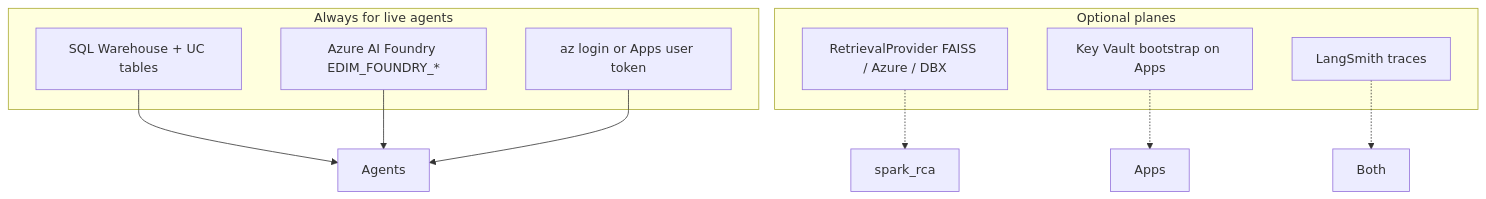
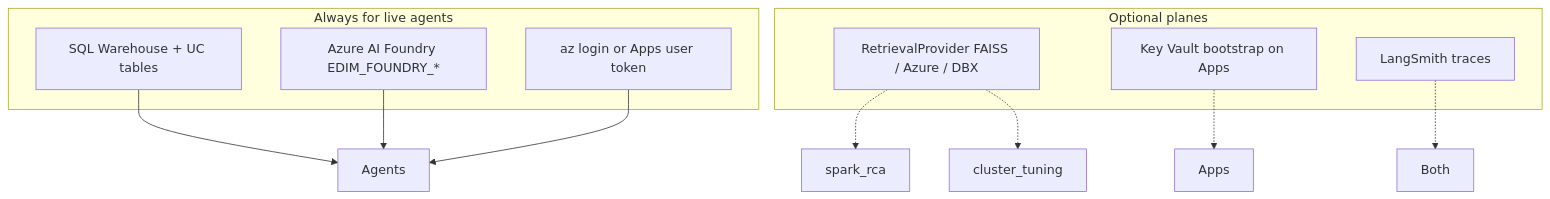
One commit to sabbineni07/edim-dde-domain changed the second of 2 diagrams in docs/domain/agents-guide.md. Above: the diagram before and after it, drawn with Mermaid. The commit also changed other lines of this file and 11 other files, not shown here.

````diff
--- a/docs/domain/agents-guide.md
+++ b/docs/domain/agents-guide.md
@@ -56,19 +56,20 @@
 ```mermaid
 flowchart TB
   subgraph required [Always for live agents]
     WH[SQL Warehouse + UC tables]
     F[Azure AI Foundry EDIM_FOUNDRY_*]
     Auth[az login or Apps user token]
   end
   subgraph optional [Optional planes]
     RAG[RetrievalProvider FAISS / Azure / DBX]
     KV[Key Vault bootstrap on Apps]
     LS[LangSmith traces]
   end
   WH --> Agents
   F --> Agents
   Auth --> Agents
   RAG -.-> spark_rca
+  RAG -.-> cluster_tuning
   KV -.-> Apps
   LS -.-> Both
 ```
````
